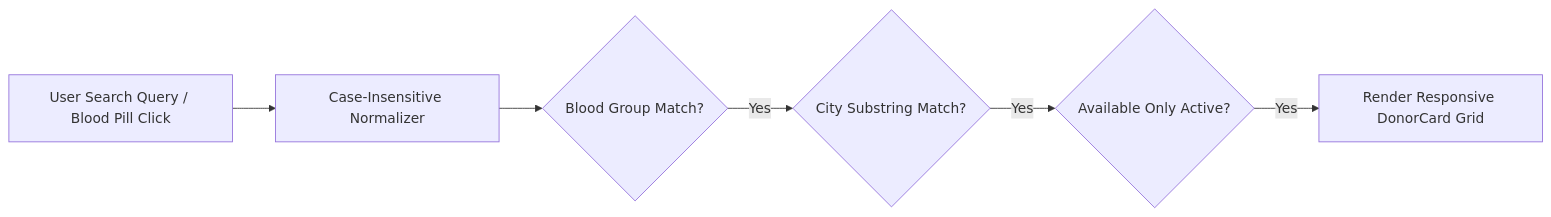
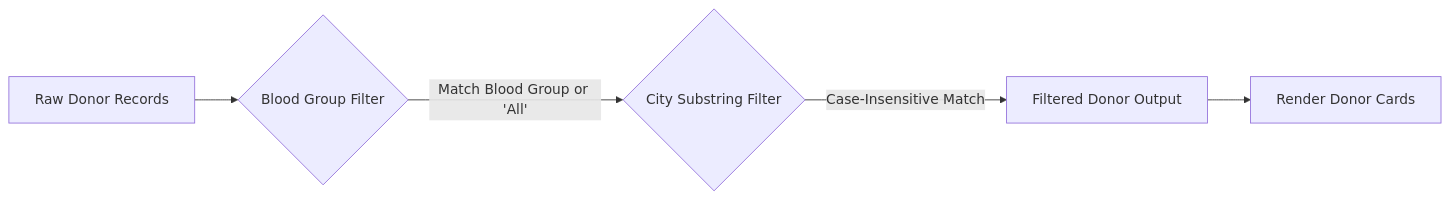
The diagram in wiki/08-Geolocation-and-Search.md (TheVicky1/Hema), drawn with Mermaid before and after one commit. The commit also changed other lines of this file and 24 other files, not shown here.

Commit message:
docs(wiki): enrich 24-chapter documentation suite with full architecture, domain models, and guides

````diff
--- a/wiki/08-Geolocation-and-Search.md
+++ b/wiki/08-Geolocation-and-Search.md
@@ -9,8 +9,7 @@
 ```mermaid
-graph LR
-    Input[User Search Query / Blood Pill Click] --> Normalizer[Case-Insensitive Normalizer]
-    Normalizer --> GroupFilter{Blood Group Match?}
-    GroupFilter -->|Yes| CityFilter{City Substring Match?}
-    CityFilter -->|Yes| AvailFilter{Available Only Active?}
-    AvailFilter -->|Yes| Grid[Render Responsive DonorCard Grid]
+flowchart LR
+    A[Raw Donor Records] --> B{Blood Group Filter}
+    B -->|Match Blood Group or 'All'| C{City Substring Filter}
+    C -->|Case-Insensitive Match| D[Filtered Donor Output]
+    D --> E[Render Donor Cards]
 ```
````
